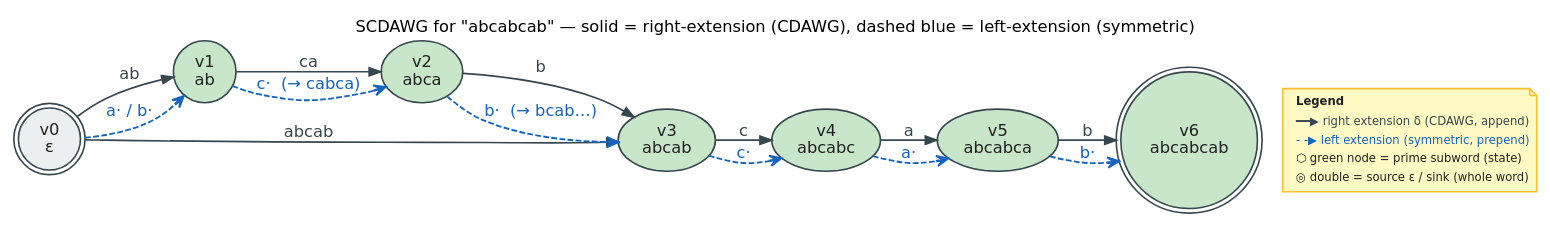
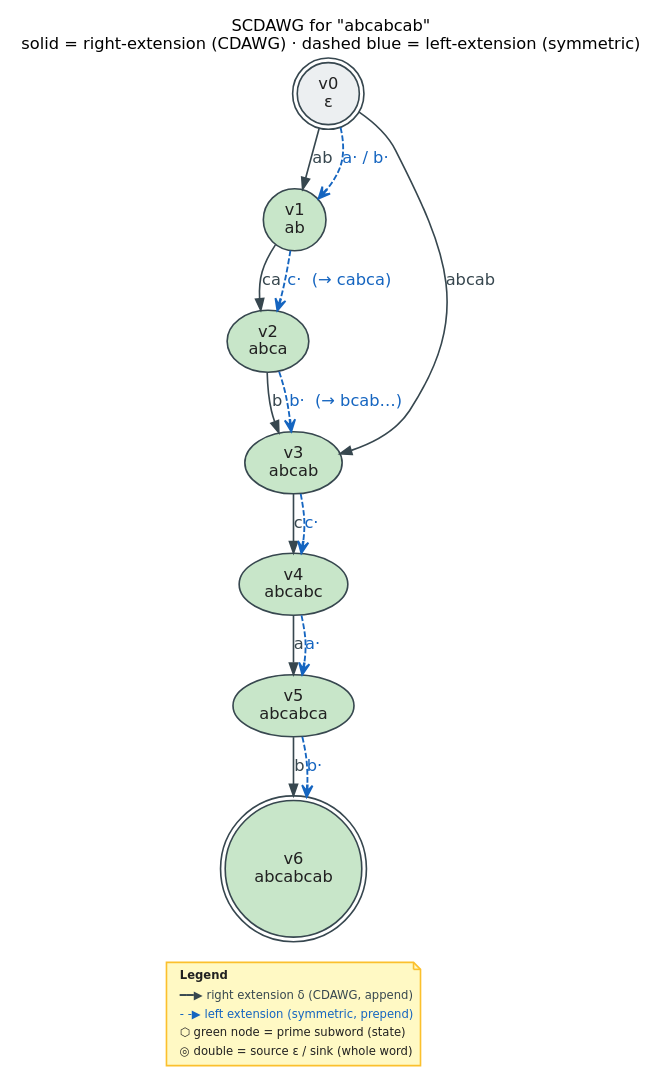
The diagram in docs/diagrams/src/scdawg-structure.dot (vinary-tree/libdictenstein), drawn with Graphviz before and after one commit. The commit also changed 279 other files, not shown here.

```diff
--- a/docs/diagrams/src/scdawg-structure.dot
+++ b/docs/diagrams/src/scdawg-structure.dot
@@ -1,78 +1,80 @@
 // ============================================================================
 // SCDAWG structure for the running example  w = "abcabcab".
 //
 // Nodes are the PRIME SUBWORDS (longest representatives of each equivalence
 // class) — exactly the CDAWG node set:
 //     v0 = ε            v1 = ab           v2 = abca         v3 = abcab
 //     v4 = abcabc       v5 = abcabca      v6 = abcabcab
 //
 // The CDAWG / suffix automaton supplies the SOLID forward (right-extension)
 // transitions  x --σ…--> imps(xσ).  The SCDAWG adds the dashed coloured
 // LEFT-EXTENSION (symmetric) edges  x ⤙σ…⤙ imps(σx), enabling bidirectional
 // search: from a matched factor you may grow it to the RIGHT (append) or to
 // the LEFT (prepend) in O(|label|) per step.
 //
 // Color key (house palette):
 //   green  #C8E6C9  in-memory automaton nodes (prime subwords)
 //   blue   #BBDEFB  decorates the LEFT-extension (symmetric) edges
 //   grey   #ECEFF1  the source ε / infrastructure
 //   dark slate #37474F  forward (right-extension) transitions + borders
 // ============================================================================
 digraph scdawg_structure {
-    rankdir=LR;
+    rankdir=TB;
     bgcolor="#FFFFFF";
     fontname="DejaVu Sans";
     labelloc="t";
-    label="SCDAWG for \"abcabcab\" — solid = right-extension (CDAWG), dashed blue = left-extension (symmetric)";
+    label="SCDAWG for \"abcabcab\"\nsolid = right-extension (CDAWG) · dashed blue = left-extension (symmetric)";
+    nodesep=0.35;
+    ranksep=0.5;
 
     node [shape=ellipse, style="filled", fillcolor="#C8E6C9",
           color="#37474F", fontname="DejaVu Sans", fontcolor="#212121",
           penwidth=1.4];
     edge [color="#37474F", fontname="DejaVu Sans", fontcolor="#37474F",
           penwidth=1.4];
 
     // --- nodes (prime subwords) ------------------------------------------
     v0 [label="v0\nε", fillcolor="#ECEFF1", shape=doublecircle];
     v1 [label="v1\nab"];
     v2 [label="v2\nabca"];
     v3 [label="v3\nabcab"];
     v4 [label="v4\nabcabc"];
     v5 [label="v5\nabcabca"];
     v6 [label="v6\nabcabcab", shape=doublecircle];
 
     // --- RIGHT-extension (forward) transitions: x --label--> imps(xσ) ----
     // solid dark-slate edges = the CDAWG.
     v0 -> v1 [label="ab"];
     v0 -> v3 [label="abcab"];
     v1 -> v2 [label="ca"];
     v2 -> v3 [label="b"];
     v3 -> v4 [label="c"];
     v4 -> v5 [label="a"];
     v5 -> v6 [label="b"];
 
     // --- LEFT-extension (symmetric) edges: x ⤙label⤙ imps(σx) ------------
     // dashed blue edges, constraint=false so they don't fight the forward
     // left-to-right ranking.  These are the edges the plain CDAWG lacks.
     edge [color="#1565C0", fontcolor="#1565C0", style="dashed",
           arrowhead="vee", constraint=false, penwidth=1.6];
     v1 -> v2 [label="c·  (→ cabca)"];
     v2 -> v3 [label="b·  (→ bcab…)"];
     v3 -> v4 [label="c·"];
     v4 -> v5 [label="a·"];
     v5 -> v6 [label="b·"];
     v0 -> v1 [label="a· / b·"];
 
     // --- rendered legend --------------------------------------------------
     { rank=sink;
       legend [shape=note, style="filled", fillcolor="#FFF9C4",
               color="#FBC02D", fontsize=10, fontcolor="#212121",
               label=<
 <TABLE BORDER="0" CELLBORDER="0" CELLSPACING="1">
 <TR><TD ALIGN="LEFT"><B>Legend</B></TD></TR>
 <TR><TD ALIGN="LEFT"><FONT COLOR="#37474F">━━▶ right extension δ (CDAWG, append)</FONT></TD></TR>
 <TR><TD ALIGN="LEFT"><FONT COLOR="#1565C0">- -▶ left extension (symmetric, prepend)</FONT></TD></TR>
 <TR><TD ALIGN="LEFT">⬡ green node = prime subword (state)</TD></TR>
 <TR><TD ALIGN="LEFT">◎ double = source ε / sink (whole word)</TD></TR>
 </TABLE>>];
     }
 }
```
